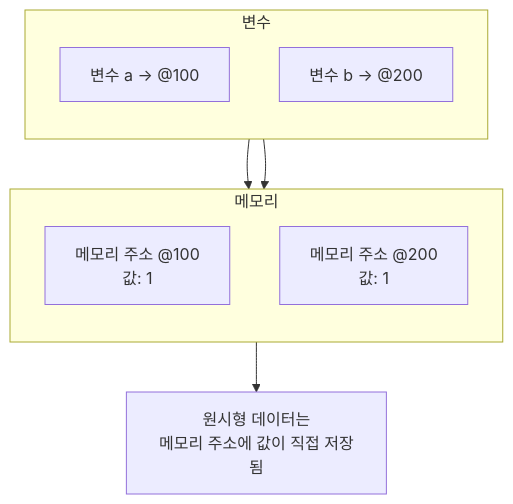
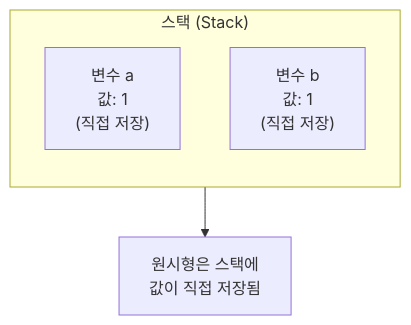
The first of 19 diagrams in markdown/2026-01-18/ko/content.mdx (codefug/codefug.github.io), drawn with Mermaid before and after one commit. The commit also changed other lines of this file and 2 other files, not shown here.

````diff
--- a/markdown/2026-01-18/ko/content.mdx
+++ b/markdown/2026-01-18/ko/content.mdx
@@ -31,21 +35,12 @@
 ```mermaid
 flowchart TB
-    subgraph Memory["메모리"]
+    subgraph Stack["스택 (Stack)"]
         direction TB
-        A1["메모리 주소 @100<br/>값: 1"]
-        B1["메모리 주소 @200<br/>값: 1"]
+        A["변수 a<br/>값: 1<br/>(직접 저장)"]
+        B["변수 b<br/>값: 1<br/>(직접 저장)"]
     end
 
-    subgraph Variables["변수"]
-        direction TB
-        A2["변수 a → @100"]
-        B2["변수 b → @200"]
-    end
+    Note1["원시형은 스택에<br/>값이 직접 저장됨"]
 
-    A2 --> A1
-    B2 --> B1
-
-    Note1["원시형 데이터는<br/>메모리 주소에 값이 직접 저장됨"]
-
-    Memory --> Note1
+    Stack --> Note1
 ```
````
